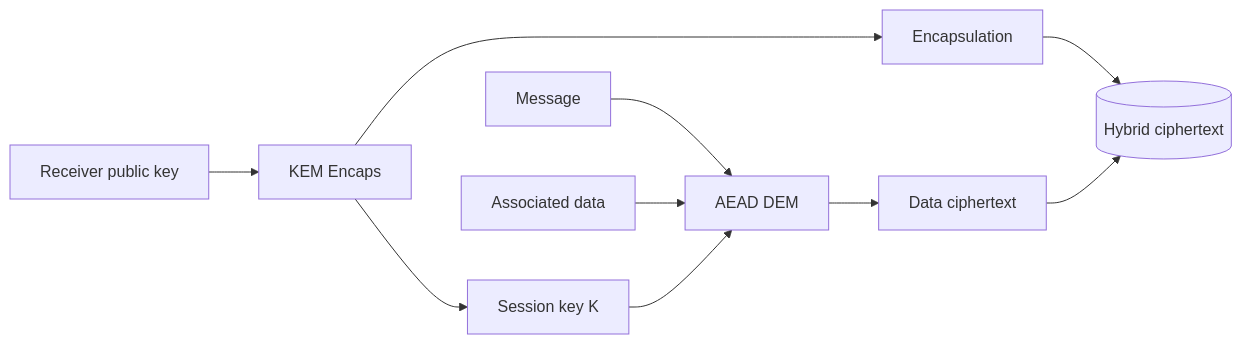
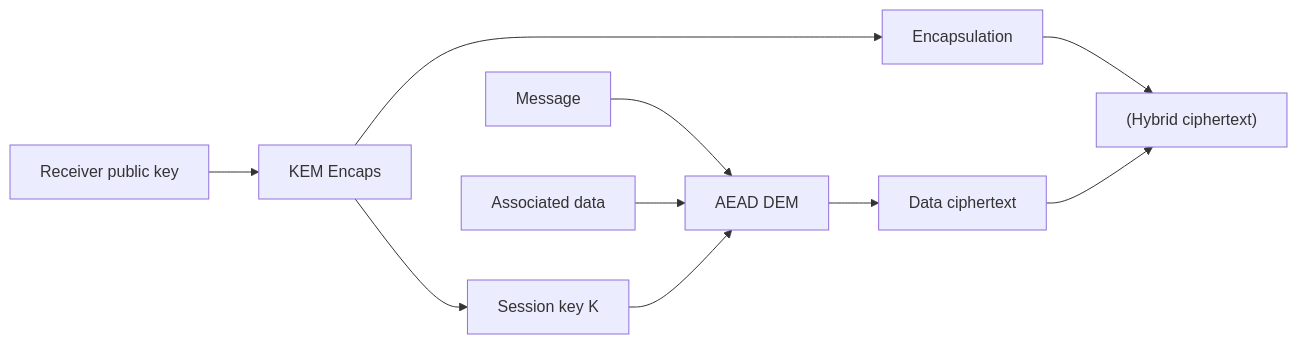
Before and after one commit to justinbrianhwang/SJ-wiki: the diagram in docs/cs/cryptography/public-key-encryption-elgamal-hybrid.md, drawn with Mermaid. The commit also changed 216 other files, not shown here.

Commit message:
Quote Mermaid node/edge labels with special characters to prevent client-side parse errors

````diff
--- a/docs/cs/cryptography/public-key-encryption-elgamal-hybrid.md
+++ b/docs/cs/cryptography/public-key-encryption-elgamal-hybrid.md
@@ -108,12 +108,12 @@
 ```mermaid
 flowchart LR
   PK[Receiver public key] --> KEM[KEM Encaps]
   KEM --> CK[Encapsulation]
   KEM --> K[Session key K]
   M[Message] --> DEM[AEAD DEM]
   AD[Associated data] --> DEM
   K --> DEM
   DEM --> CD[Data ciphertext]
-  CK --> OUT[(Hybrid ciphertext)]
+  CK --> OUT["(Hybrid ciphertext)"]
   CD --> OUT
 ```
````
